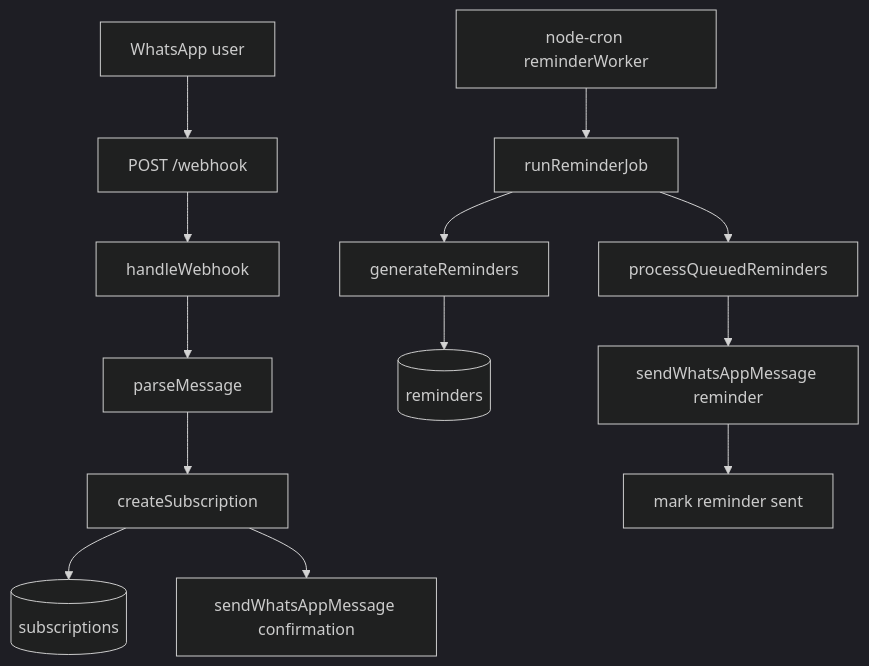
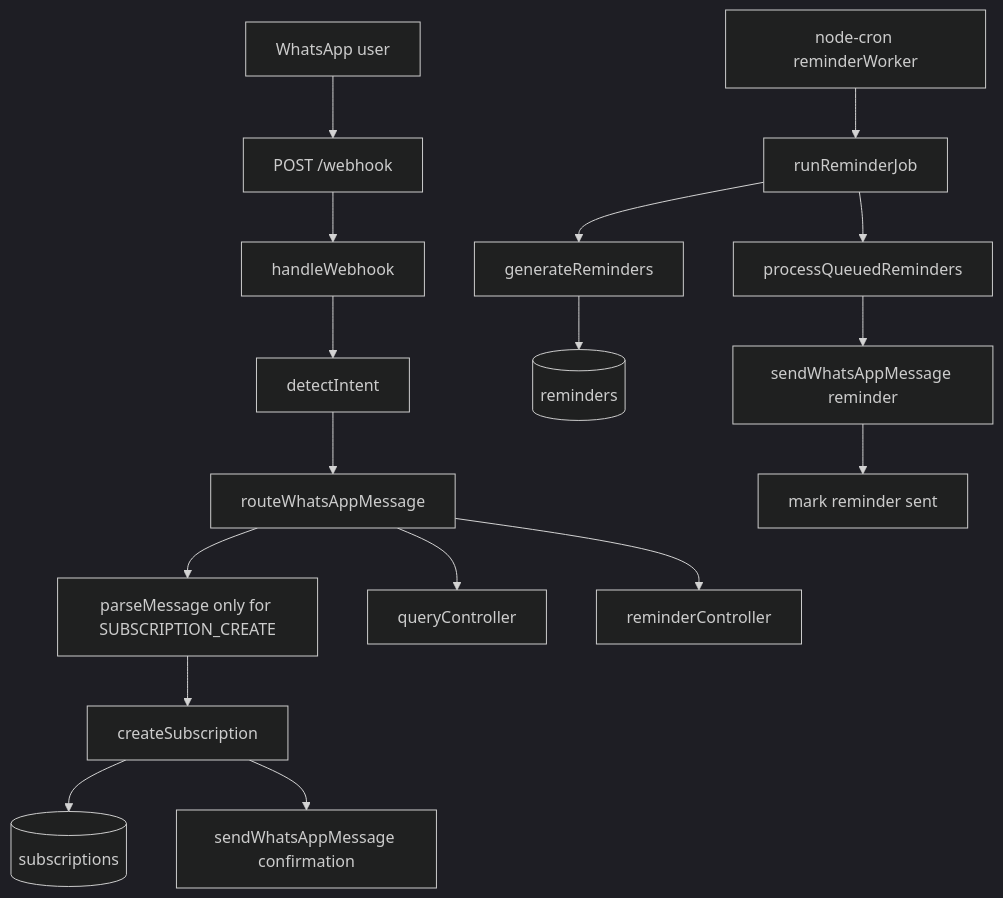
The diagram in docs/mvp-flow.md (Jagadeeshwar199/Koshya), drawn with Mermaid (dark theme) before and after one commit. The commit also changed other lines of this file and 9 other files, not shown here.

Commit message:
Add WhatsApp intent detection layer

````diff
--- a/docs/mvp-flow.md
+++ b/docs/mvp-flow.md
@@ -3,15 +3,19 @@
 ```mermaid
 flowchart TD
   A[WhatsApp user] --> B[POST /webhook]
   B --> C[handleWebhook]
-  C --> D[parseMessage]
+  C --> X[detectIntent]
+  X --> Y[routeWhatsAppMessage]
+  Y --> D[parseMessage only for SUBSCRIPTION_CREATE]
+  Y --> Q[queryController]
+  Y --> R[reminderController]
   D --> E[createSubscription]
   E --> F[(subscriptions)]
   E --> G[sendWhatsAppMessage confirmation]
   H[node-cron reminderWorker] --> I[runReminderJob]
   I --> J[generateReminders]
   J --> K[(reminders)]
   I --> L[processQueuedReminders]
   L --> M[sendWhatsAppMessage reminder]
   M --> N[mark reminder sent]
 ```
````
